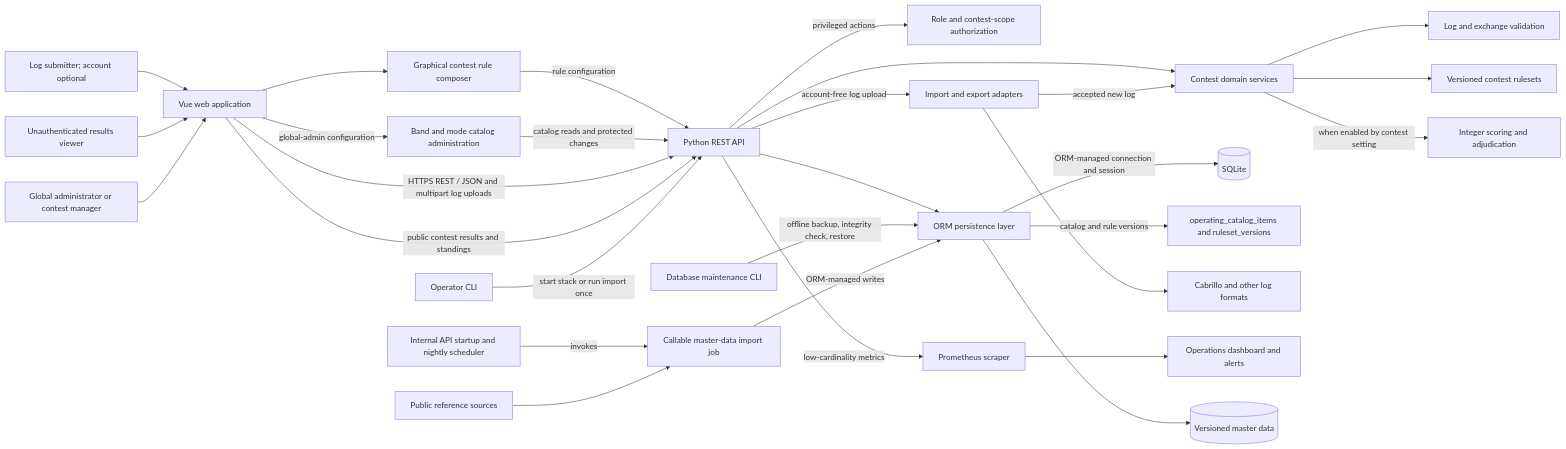
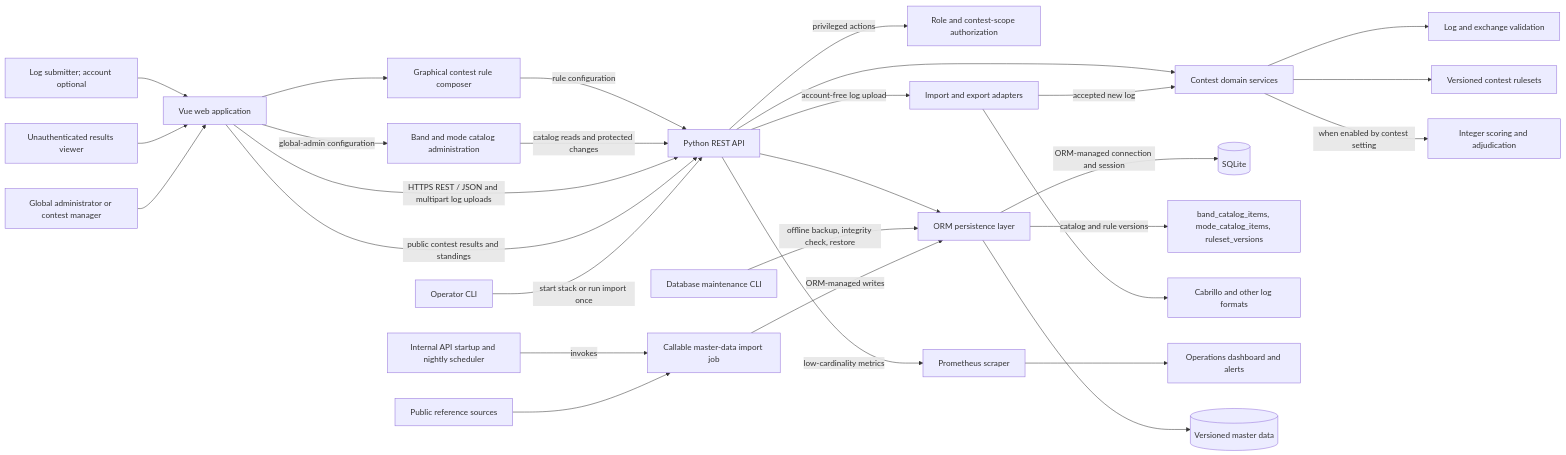
One commit to ea7klk/contestmaster changed the first of 3 diagrams in documentation/README.md. Above: the diagram before and after it, drawn with Mermaid. The commit also changed other lines of this file and 17 other files, not shown here.

First line of the commit message:
feat(catalog): split band and mode catalog resources

````diff
--- a/documentation/README.md
+++ b/documentation/README.md
@@ -79,31 +79,31 @@
 ```mermaid
 flowchart LR
     Participant[Log submitter; account optional] --> Web[Vue web application]
     Visitor[Unauthenticated results viewer] --> Web
     PrivilegedUser[Global administrator or contest manager] --> Web
     Web --> Composer[Graphical contest rule composer]
     Web -->|global-admin configuration| CatalogAdmin[Band and mode catalog administration]
     Composer -->|rule configuration| API[Python REST API]
     CatalogAdmin -->|catalog reads and protected changes| API
     Web -->|HTTPS REST / JSON and multipart log uploads| API[Python REST API]
     Web -->|public contest results and standings| API
     API -->|privileged actions| Auth[Role and contest-scope authorization]
     API --> Domain[Contest domain services]
     Domain --> Validation[Log and exchange validation]
     Domain --> Rules[Versioned contest rulesets]
     Domain -->|when enabled by contest setting| Scoring[Integer scoring and adjudication]
     API --> Store[ORM persistence layer]
     Store -->|ORM-managed connection and session| DB[(SQLite)]
-    Store -->|catalog and rule versions| OperatingCatalog[operating_catalog_items and ruleset_versions]
+    Store -->|catalog and rule versions| OperatingCatalog[band_catalog_items, mode_catalog_items, ruleset_versions]
     API -->|account-free log upload| Adapters[Import and export adapters]
     Adapters -->|accepted new log| Domain
     Adapters --> Formats[Cabrillo and other log formats]
     Timer[Internal API startup and nightly scheduler] -->|invokes| MasterImport[Callable master-data import job]
     CLI[Operator CLI] -->|start stack or run import once| API
     DBCLI[Database maintenance CLI] -->|offline backup, integrity check, restore| Store
     API -->|low-cardinality metrics| Prometheus[Prometheus scraper]
     Prometheus --> Dashboard[Operations dashboard and alerts]
     PublicSources[Public reference sources] --> MasterImport
     MasterImport -->|ORM-managed writes| Store
     Store --> ReferenceData[(Versioned master data)]
 ```
````
